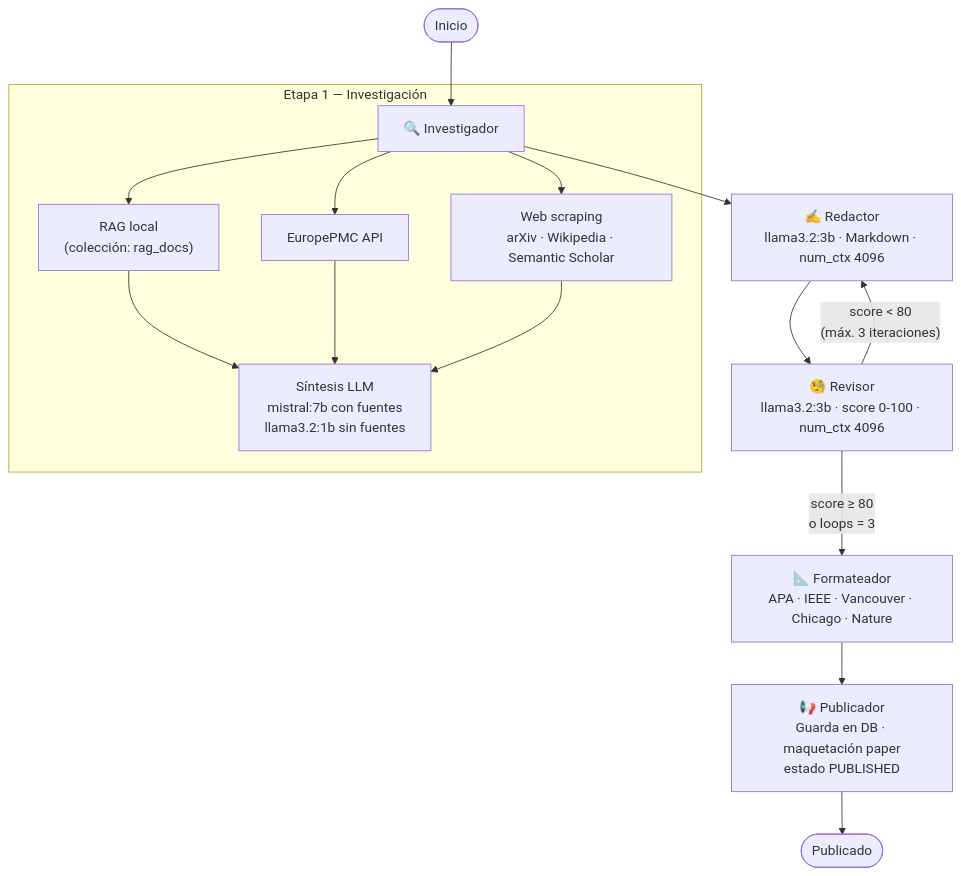
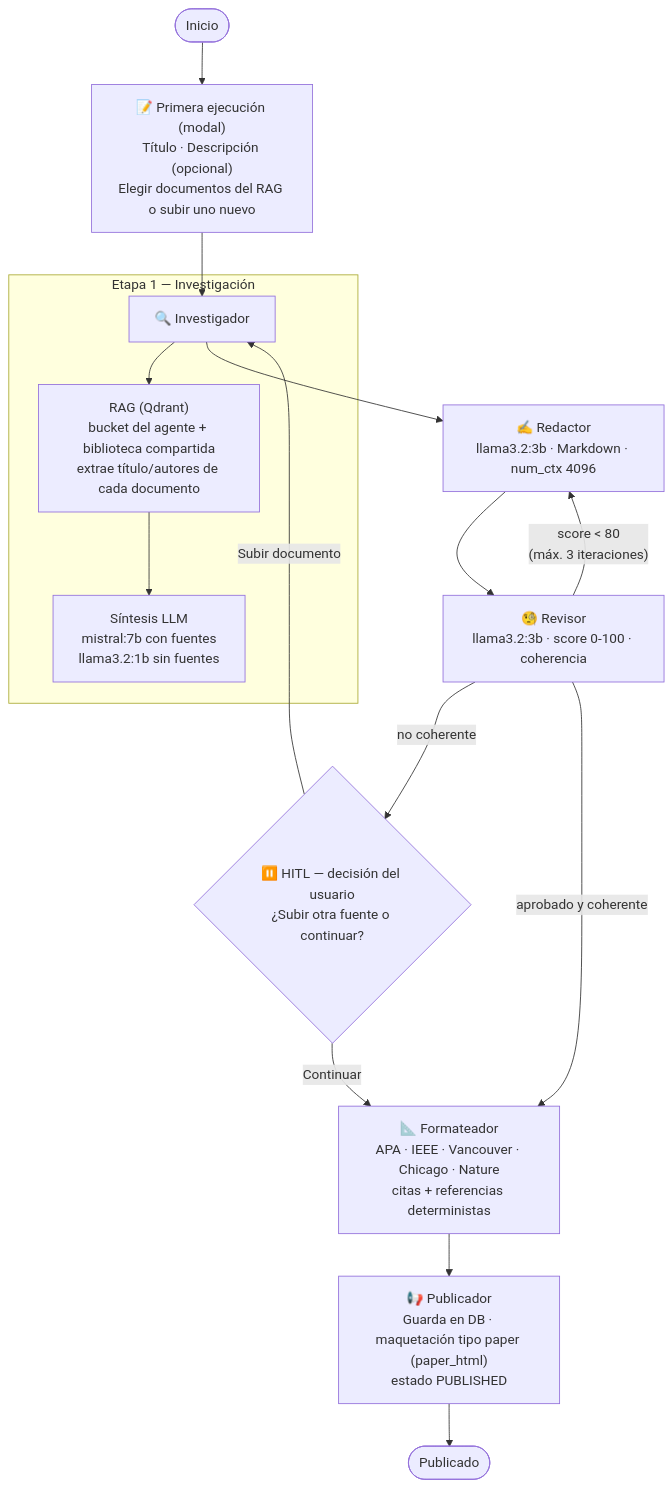
Before and after one commit to luxinopanyvino/swarm-platform-builder: the diagram in README.md, drawn with Mermaid. The commit also changed other lines of this file, not shown here.

First line of the commit message:
docs(readme): diagrama y flujo fieles a AlejandrIA Magazine

````diff
--- a/README.md
+++ b/README.md
@@ -227,23 +227,24 @@
 ```mermaid
 flowchart TD
-    START([Inicio]) --> INV
+    START([Inicio]) --> INPUT["📝 Primera ejecución (modal)\nTítulo · Descripción (opcional)\nElegir documentos del RAG o subir uno nuevo"]
+    INPUT --> INV
 
     subgraph INV_BLOCK["Etapa 1 — Investigación"]
         INV["🔍 Investigador"]
-        RAG_LOCAL["RAG local\n(colección: rag_docs)"]
-        EUROPMC["EuropePMC API"]
-        SCRAPER["Web scraping\narXiv · Wikipedia · Semantic Scholar"]
+        RAG["RAG (Qdrant)\nbucket del agente + biblioteca compartida\nextrae título/autores de cada documento"]
         SYNTH["Síntesis LLM\nmistral:7b con fuentes\nllama3.2:1b sin fuentes"]
-        INV --> RAG_LOCAL & EUROPMC & SCRAPER --> SYNTH
+        INV --> RAG --> SYNTH
     end
 
     INV --> RED["✍️ Redactor\nllama3.2:3b · Markdown · num_ctx 4096"]
-
-    RED --> REV["🧐 Revisor\nllama3.2:3b · score 0-100 · num_ctx 4096"]
+    RED --> REV["🧐 Revisor\nllama3.2:3b · score 0-100 · coherencia"]
 
     REV -- "score < 80\n(máx. 3 iteraciones)" --> RED
-    REV -- "score ≥ 80\no loops = 3" --> FMT["📐 Formateador\nAPA · IEEE · Vancouver · Chicago · Nature"]
+    REV -- "no coherente" --> HITL{"⏸️ HITL — decisión del usuario\n¿Subir otra fuente o continuar?"}
+    HITL -- "Subir documento" --> INV
+    HITL -- "Continuar" --> FMT
+    REV -- "aprobado y coherente" --> FMT["📐 Formateador\nAPA · IEEE · Vancouver · Chicago · Nature\ncitas + referencias deterministas"]
 
-    FMT --> PUB["📢 Publicador\nGuarda en DB · maquetación paper\nestado PUBLISHED"]
+    FMT --> PUB["📢 Publicador\nGuarda en DB · maquetación tipo paper (paper_html)\nestado PUBLISHED"]
     PUB --> END([Publicado])
 ```
````
